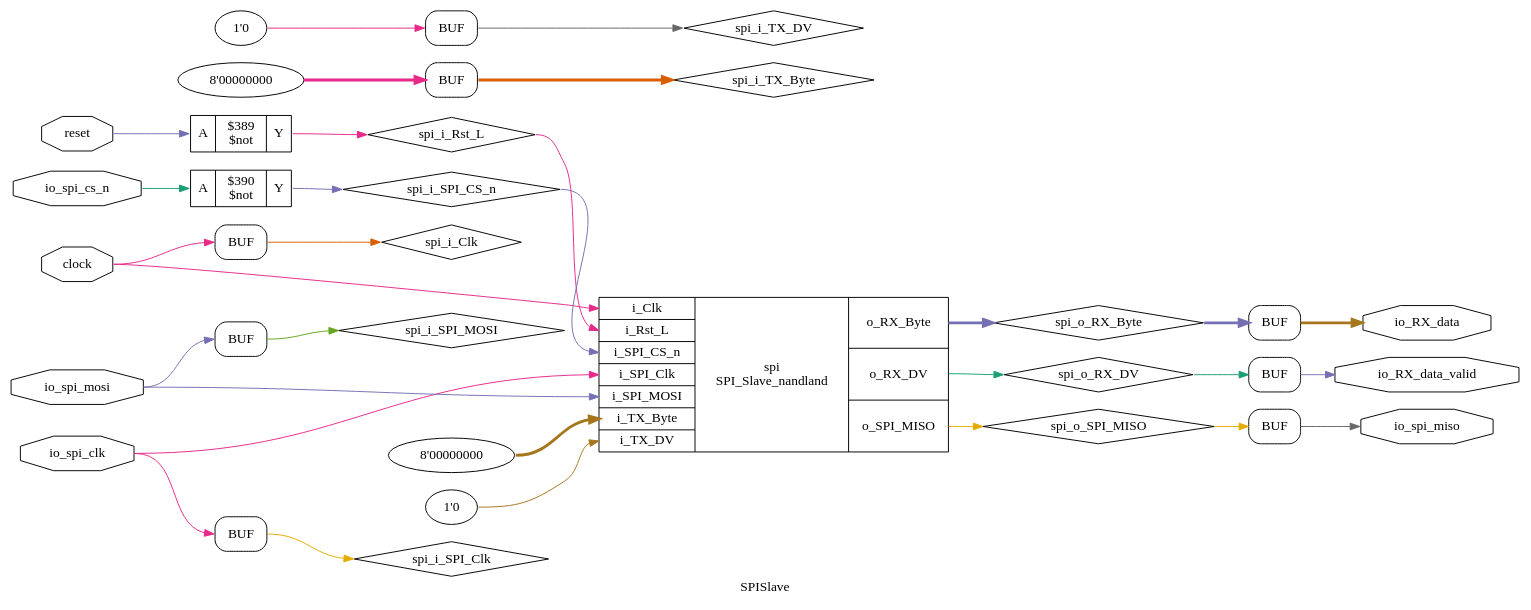
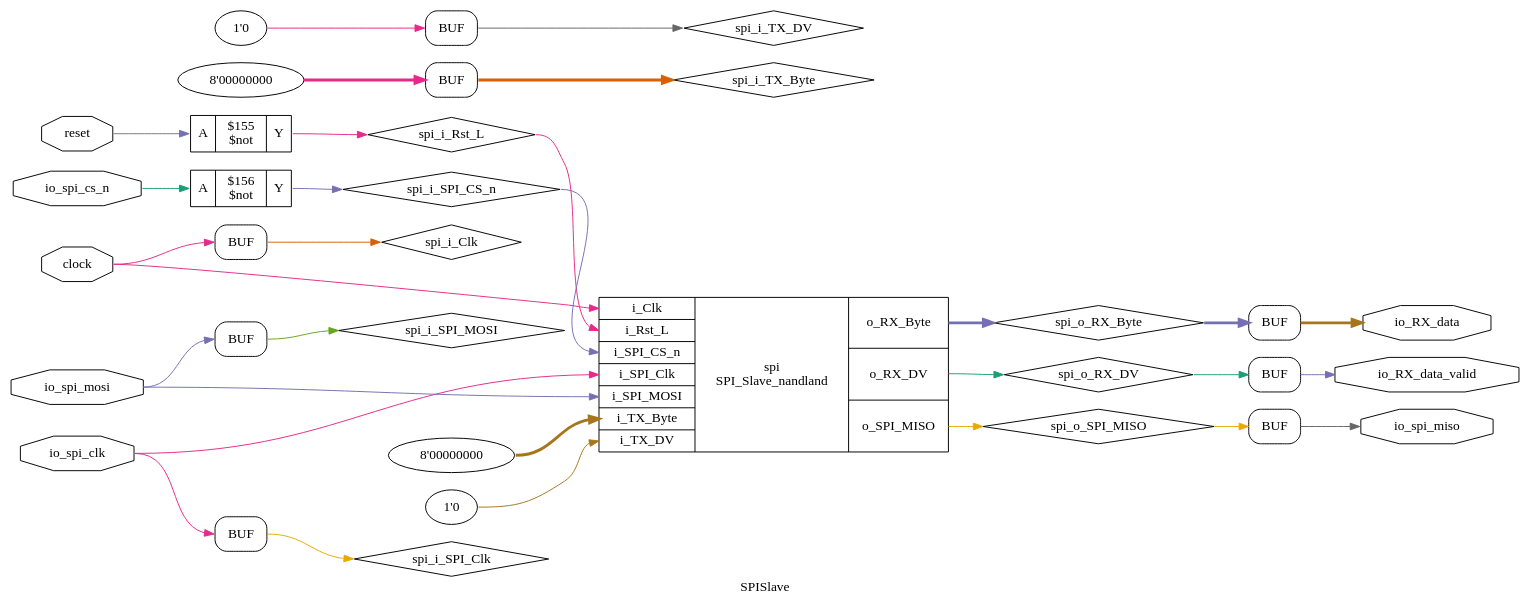
Before and after one commit to TDT4295-2019-groupA/FPGA: the diagram in graphs/yosys/SPISlave_opt.dot, drawn with Graphviz. The commit also changed 76 other files, not shown here.

Commit message:
make graphs

```diff
--- a/graphs/yosys/SPISlave_opt.dot
+++ b/graphs/yosys/SPISlave_opt.dot
@@ -1,70 +1,70 @@
 digraph "SPISlave" {
 label="SPISlave";
 rankdir="LR";
 remincross=true;
 n1 [ shape=octagon, label="clock", color="black", fontcolor="black" ];
 n2 [ shape=octagon, label="io_RX_data", color="black", fontcolor="black" ];
 n3 [ shape=octagon, label="io_RX_data_valid", color="black", fontcolor="black" ];
 n4 [ shape=octagon, label="io_spi_clk", color="black", fontcolor="black" ];
 n5 [ shape=octagon, label="io_spi_cs_n", color="black", fontcolor="black" ];
 n6 [ shape=octagon, label="io_spi_miso", color="black", fontcolor="black" ];
 n7 [ shape=octagon, label="io_spi_mosi", color="black", fontcolor="black" ];
 n8 [ shape=octagon, label="reset", color="black", fontcolor="black" ];
 n9 [ shape=diamond, label="spi_i_Clk", color="black", fontcolor="black" ];
 n10 [ shape=diamond, label="spi_i_Rst_L", color="black", fontcolor="black" ];
 n11 [ shape=diamond, label="spi_i_SPI_CS_n", color="black", fontcolor="black" ];
 n12 [ shape=diamond, label="spi_i_SPI_Clk", color="black", fontcolor="black" ];
 n13 [ shape=diamond, label="spi_i_SPI_MOSI", color="black", fontcolor="black" ];
 n14 [ shape=diamond, label="spi_i_TX_Byte", color="black", fontcolor="black" ];
 n15 [ shape=diamond, label="spi_i_TX_DV", color="black", fontcolor="black" ];
 n16 [ shape=diamond, label="spi_o_RX_Byte", color="black", fontcolor="black" ];
 n17 [ shape=diamond, label="spi_o_RX_DV", color="black", fontcolor="black" ];
 n18 [ shape=diamond, label="spi_o_SPI_MISO", color="black", fontcolor="black" ];
 { rank="source"; n1; n4; n5; n7; n8;}
 { rank="sink"; n2; n3; n6;}
-c21 [ shape=record, label="{{<p19> A}|$389\n$not|{<p20> Y}}" ];
-c22 [ shape=record, label="{{<p19> A}|$390\n$not|{<p20> Y}}" ];
+c21 [ shape=record, label="{{<p19> A}|$155\n$not|{<p20> Y}}" ];
+c22 [ shape=record, label="{{<p19> A}|$156\n$not|{<p20> Y}}" ];
 v0 [ label="8'00000000" ];
 v1 [ label="1'0" ];
 c33 [ shape=record, label="{{<p23> i_Clk|<p24> i_Rst_L|<p25> i_SPI_CS_n|<p26> i_SPI_Clk|<p27> i_SPI_MOSI|<p28> i_TX_Byte|<p29> i_TX_DV}|spi\nSPI_Slave_nandland|{<p30> o_RX_Byte|<p31> o_RX_DV|<p32> o_SPI_MISO}}" ];
 x2 [shape=box, style=rounded, label="BUF"];
 x3 [shape=box, style=rounded, label="BUF"];
 x4 [shape=box, style=rounded, label="BUF"];
 x5 [shape=box, style=rounded, label="BUF"];
 x6 [shape=box, style=rounded, label="BUF"];
 x7 [shape=box, style=rounded, label="BUF"];
 v8 [ label="8'00000000" ];
 x9 [shape=box, style=rounded, label="BUF"];
 v10 [ label="1'0" ];
 x11 [shape=box, style=rounded, label="BUF"];
 n1:e -> c33:p23:w [colorscheme="dark28", color="4", fontcolor="4", label=""];
 n1:e -> x5:w:w [colorscheme="dark28", color="4", fontcolor="4", label=""];
 c21:p20:e -> n10:w [colorscheme="dark28", color="4", fontcolor="4", label=""];
 n10:e -> c33:p24:w [colorscheme="dark28", color="4", fontcolor="4", label=""];
 c22:p20:e -> n11:w [colorscheme="dark28", color="3", fontcolor="3", label=""];
 n11:e -> c33:p25:w [colorscheme="dark28", color="3", fontcolor="3", label=""];
 x6:e:e -> n12:w [colorscheme="dark28", color="6", fontcolor="6", label=""];
 x7:e:e -> n13:w [colorscheme="dark28", color="5", fontcolor="5", label=""];
 x9:e:e -> n14:w [colorscheme="dark28", color="2", fontcolor="2", style="setlinewidth(3)", label=""];
 x11:e:e -> n15:w [colorscheme="dark28", color="8", fontcolor="8", label=""];
 c33:p30:e -> n16:w [colorscheme="dark28", color="3", fontcolor="3", style="setlinewidth(3)", label=""];
 n16:e -> x2:w:w [colorscheme="dark28", color="3", fontcolor="3", style="setlinewidth(3)", label=""];
 c33:p31:e -> n17:w [colorscheme="dark28", color="1", fontcolor="1", label=""];
 n17:e -> x3:w:w [colorscheme="dark28", color="1", fontcolor="1", label=""];
 c33:p32:e -> n18:w [colorscheme="dark28", color="6", fontcolor="6", label=""];
 n18:e -> x4:w:w [colorscheme="dark28", color="6", fontcolor="6", label=""];
 x2:e:e -> n2:w [colorscheme="dark28", color="7", fontcolor="7", style="setlinewidth(3)", label=""];
 x3:e:e -> n3:w [colorscheme="dark28", color="3", fontcolor="3", label=""];
 n4:e -> c33:p26:w [colorscheme="dark28", color="4", fontcolor="4", label=""];
 n4:e -> x6:w:w [colorscheme="dark28", color="4", fontcolor="4", label=""];
 n5:e -> c22:p19:w [colorscheme="dark28", color="1", fontcolor="1", label=""];
 x4:e:e -> n6:w [colorscheme="dark28", color="8", fontcolor="8", label=""];
 n7:e -> c33:p27:w [colorscheme="dark28", color="3", fontcolor="3", label=""];
 n7:e -> x7:w:w [colorscheme="dark28", color="3", fontcolor="3", label=""];
 n8:e -> c21:p19:w [colorscheme="dark28", color="3", fontcolor="3", label=""];
 x5:e:e -> n9:w [colorscheme="dark28", color="2", fontcolor="2", label=""];
 v0:e -> c33:p28:w [colorscheme="dark28", color="7", fontcolor="7", style="setlinewidth(3)", label=""];
 v1:e -> c33:p29:w [colorscheme="dark28", color="7", fontcolor="7", label=""];
 v10:e -> x11:w:w [colorscheme="dark28", color="4", fontcolor="4", label=""];
 v8:e -> x9:w:w [colorscheme="dark28", color="4", fontcolor="4", style="setlinewidth(3)", label=""];
 }
```
